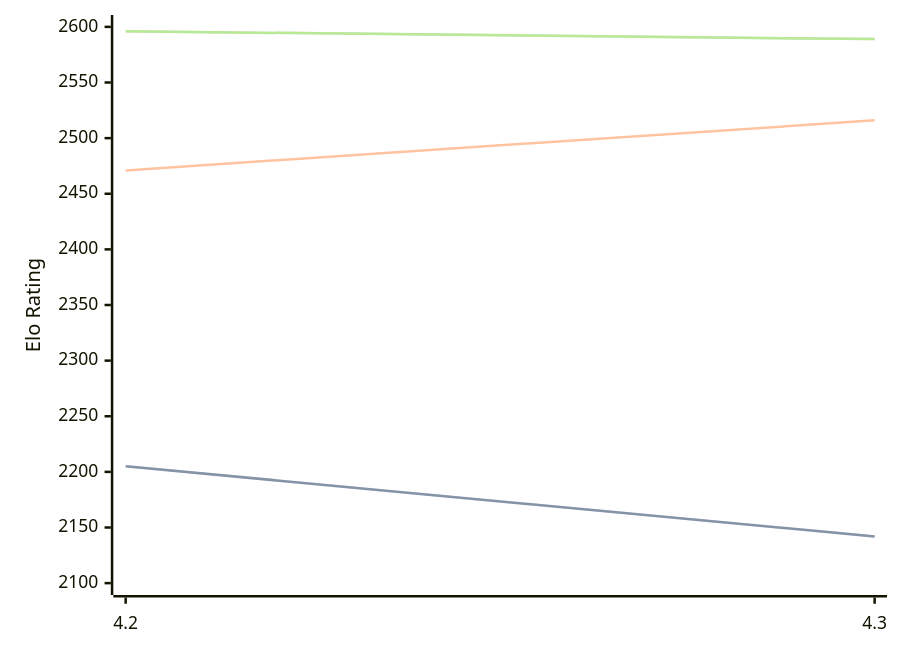
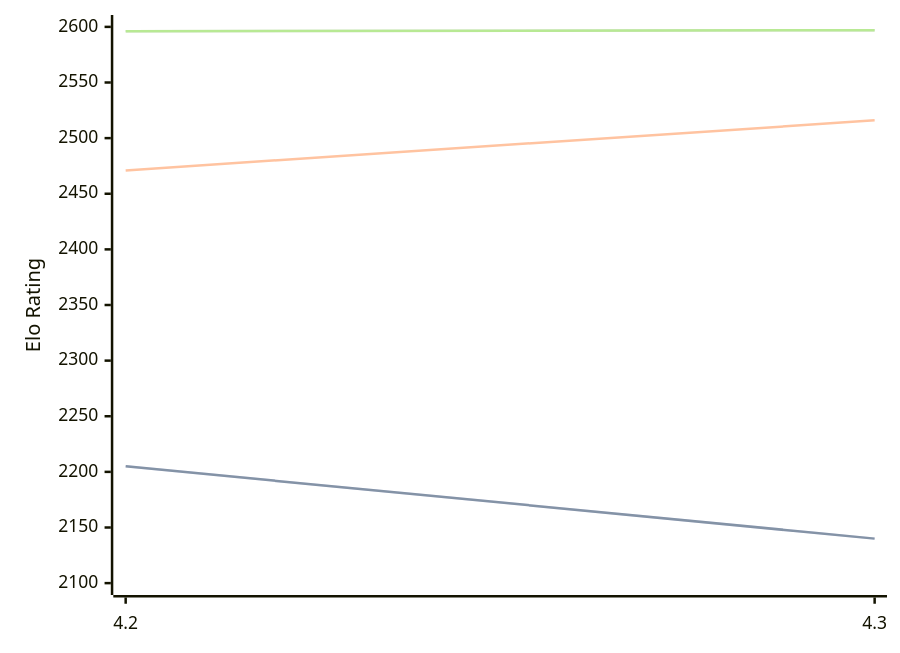
Before and after one commit to computer-chess-index/cci: the diagram in engines/Eubos.md, drawn with Mermaid. The commit also changed other lines of this file, not shown here.

Commit message:
Update CCI Ratings (ELO VLTC) - 2026-02-17

````diff
--- a/engines/Eubos.md
+++ b/engines/Eubos.md
@@ -85,11 +85,11 @@
 ```mermaid
 %%{init: {"theme":"base","themeVariables":{"seriesColors:['#a3a3a3','#222221','#faa371']}}}%%
 xychart-beta
   x-axis ["4.2", "4.3"]
   y-axis "Elo Rating" 2100 --> 2600
-  line "STC (8.0+0.08s)" [2205, 2142]
-  line "STC (8.0+0.08s)" [2205, 2142]
+  line "STC (8.0+0.08s)" [2205, 2140]
+  line "STC (8.0+0.08s)" [2205, 2140]
   line "LTC (60.0+0.60s)" [2471, 2516]
-  line "VLTC (2m24s+1.12s)" [2596, 2589]
-  line "VLTC (2m24s+1.12s)" [2596, 2589]
+  line "VLTC (2m24s+1.12s)" [2596, 2597]
+  line "VLTC (2m24s+1.12s)" [2596, 2597]
 ```
````
